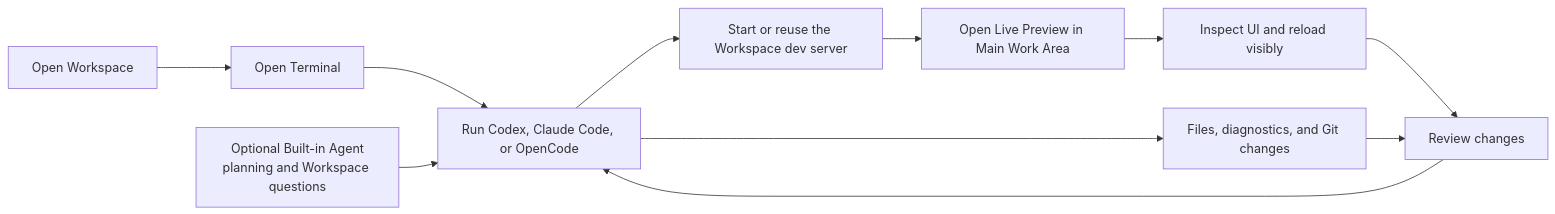
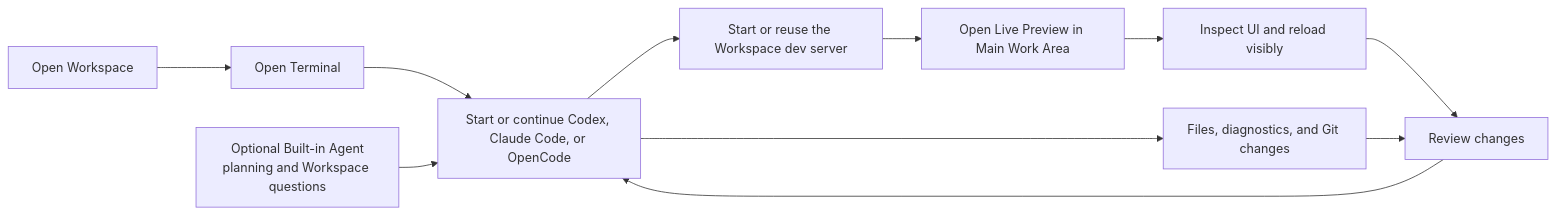
Before and after one commit to Oreoro/dez: the diagram in docs/src/development/dez/live-preview-and-agent-model.md, drawn with Mermaid. The commit also changed 13 other files, not shown here.

````diff
--- a/docs/src/development/dez/live-preview-and-agent-model.md
+++ b/docs/src/development/dez/live-preview-and-agent-model.md
@@ -34,13 +34,13 @@
 ```mermaid
 flowchart LR
     OPEN["Open Workspace"] --> RUN["Open Terminal"]
-    RUN --> CLI["Run Codex, Claude Code, or OpenCode"]
+    RUN --> CLI["Start or continue Codex, Claude Code, or OpenCode"]
     CLI --> SERVER["Start or reuse the Workspace dev server"]
     SERVER --> PREVIEW["Open Live Preview in Main Work Area"]
     PREVIEW --> INSPECT["Inspect UI and reload visibly"]
     CLI --> CHANGES["Files, diagnostics, and Git changes"]
     INSPECT --> REVIEW["Review changes"]
     CHANGES --> REVIEW
     REVIEW --> CLI
     PLAN["Optional Built-in Agent<br/>planning and Workspace questions"] --> CLI
 ```
````
